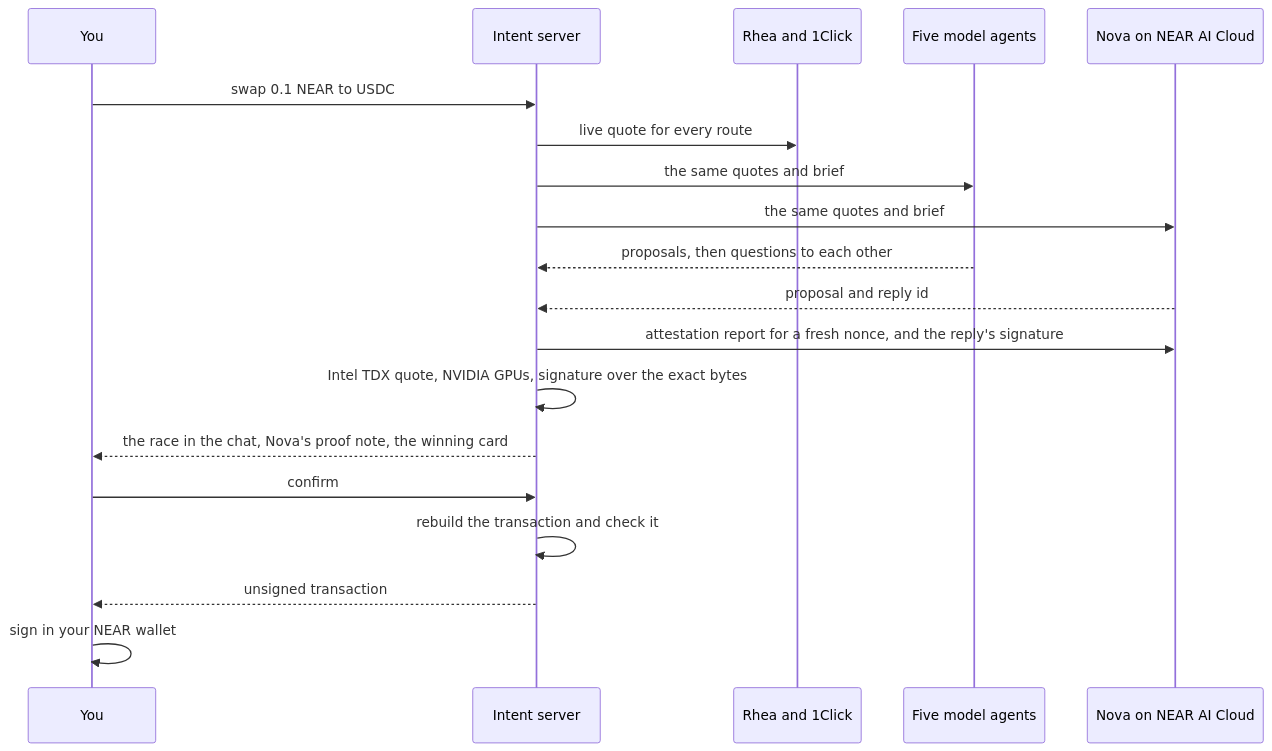
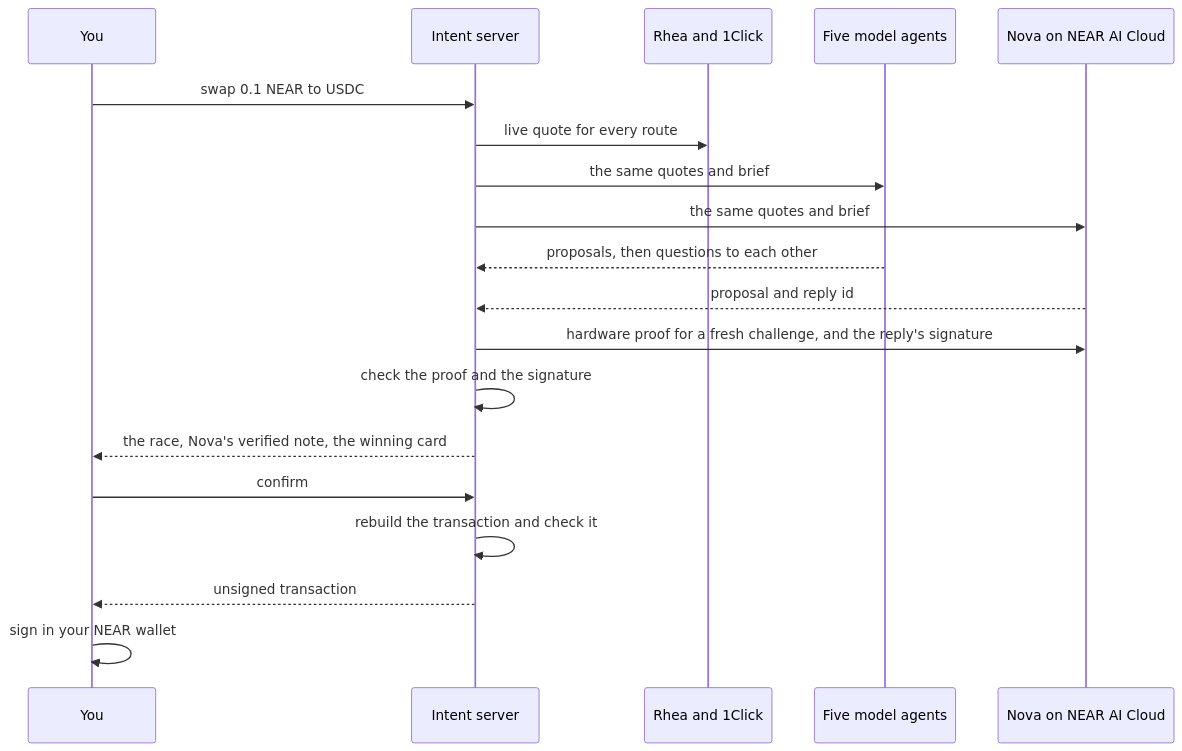
The second of 4 diagrams in README.md (Cookit-labs/Intent), drawn with Mermaid before and after one commit. The commit also changed other lines of this file and 1 other file, not shown here.

````diff
--- a/README.md
+++ b/README.md
@@ -124,21 +83,21 @@
 ```mermaid
 sequenceDiagram
     participant You
     participant Server as Intent server
     participant Venues as Rhea and 1Click
     participant Agents as Five model agents
     participant Nova as Nova on NEAR AI Cloud
     You->>Server: swap 0.1 NEAR to USDC
     Server->>Venues: live quote for every route
     Server->>Agents: the same quotes and brief
     Server->>Nova: the same quotes and brief
     Agents-->>Server: proposals, then questions to each other
     Nova-->>Server: proposal and reply id
-    Server->>Nova: attestation report for a fresh nonce, and the reply's signature
-    Server->>Server: Intel TDX quote, NVIDIA GPUs, signature over the exact bytes
-    Server-->>You: the race in the chat, Nova's proof note, the winning card
+    Server->>Nova: hardware proof for a fresh challenge, and the reply's signature
+    Server->>Server: check the proof and the signature
+    Server-->>You: the race, Nova's verified note, the winning card
     You->>Server: confirm
     Server->>Server: rebuild the transaction and check it
     Server-->>You: unsigned transaction
     You->>You: sign in your NEAR wallet
 ```
````
